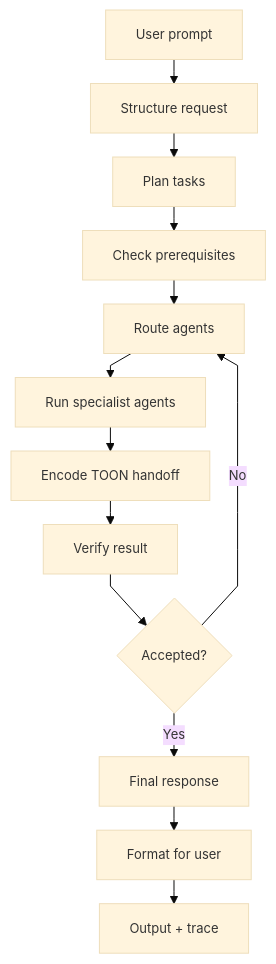
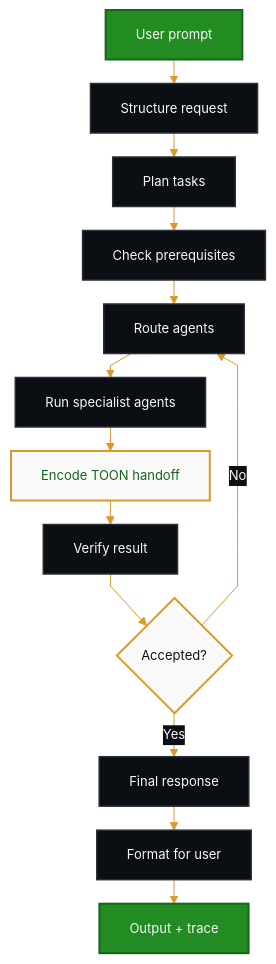
One commit to Hassaan146/agentic-ai-workflow changed the first of 10 diagrams in docs/diagrams.md. Above: the diagram before and after it, drawn with Mermaid. The commit also changed other lines of this file, not shown here.

Commit message:
Apply dark luxury Mermaid theme

````diff
--- a/docs/diagrams.md
+++ b/docs/diagrams.md
@@ -43,16 +49,25 @@
 ```mermaid
-%%{init: {'theme': 'base', 'flowchart': {'nodeSpacing': 18, 'rankSpacing': 24, 'curve': 'linear'}, 'themeVariables': {'fontSize': '13px'}}}%%
+%%{init: {'theme': 'base', 'flowchart': {'nodeSpacing': 18, 'rankSpacing': 24, 'curve': 'linear'}, 'themeVariables': {'fontSize': '13px', 'primaryColor': '#228B22', 'primaryTextColor': '#F9F9F9', 'primaryBorderColor': '#16651A', 'lineColor': '#D99A2B', 'secondaryColor': '#F9F9F9', 'secondaryTextColor': '#101418', 'secondaryBorderColor': '#D99A2B', 'tertiaryColor': '#0B0F14', 'tertiaryTextColor': '#F9F9F9', 'tertiaryBorderColor': '#2A2F36', 'background': '#070B10', 'mainBkg': '#228B22', 'secondBkg': '#F9F9F9', 'textColor': '#F9F9F9', 'edgeLabelBackground': '#0B0F14'}}}%%
 flowchart TD
     A["User prompt"] --> B["Structure request"]
     B --> C["Plan tasks"]
     C --> D["Check prerequisites"]
     D --> E["Route agents"]
     E --> F["Run specialist agents"]
     F --> G["Encode TOON handoff"]
     G --> H["Verify result"]
     H --> I{"Accepted?"}
     I -->|No| E
     I -->|Yes| J["Final response"]
     J --> K["Format for user"]
     K --> L["Output + trace"]
+
+    classDef primary fill:#228B22,stroke:#16651A,color:#F9F9F9,stroke-width:2px;
+    classDef dark fill:#0B0F14,stroke:#2A2F36,color:#F9F9F9,stroke-width:1.5px;
+    classDef toon fill:#F9F9F9,stroke:#D99A2B,color:#16651A,stroke-width:2px;
+    classDef decision fill:#F9F9F9,stroke:#D99A2B,color:#101418,stroke-width:2px;
+    class A,L primary;
+    class B,C,D,E,F,H,J,K dark;
+    class G toon;
+    class I decision;
 ```
````
